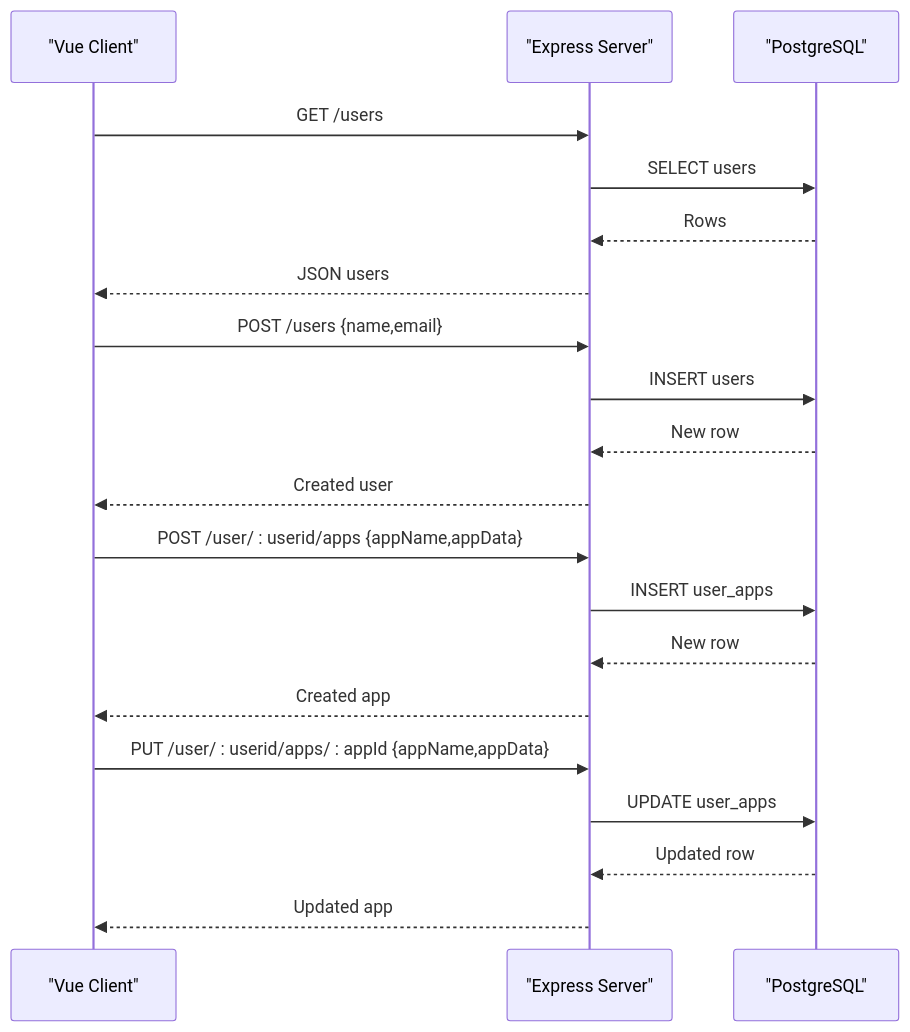
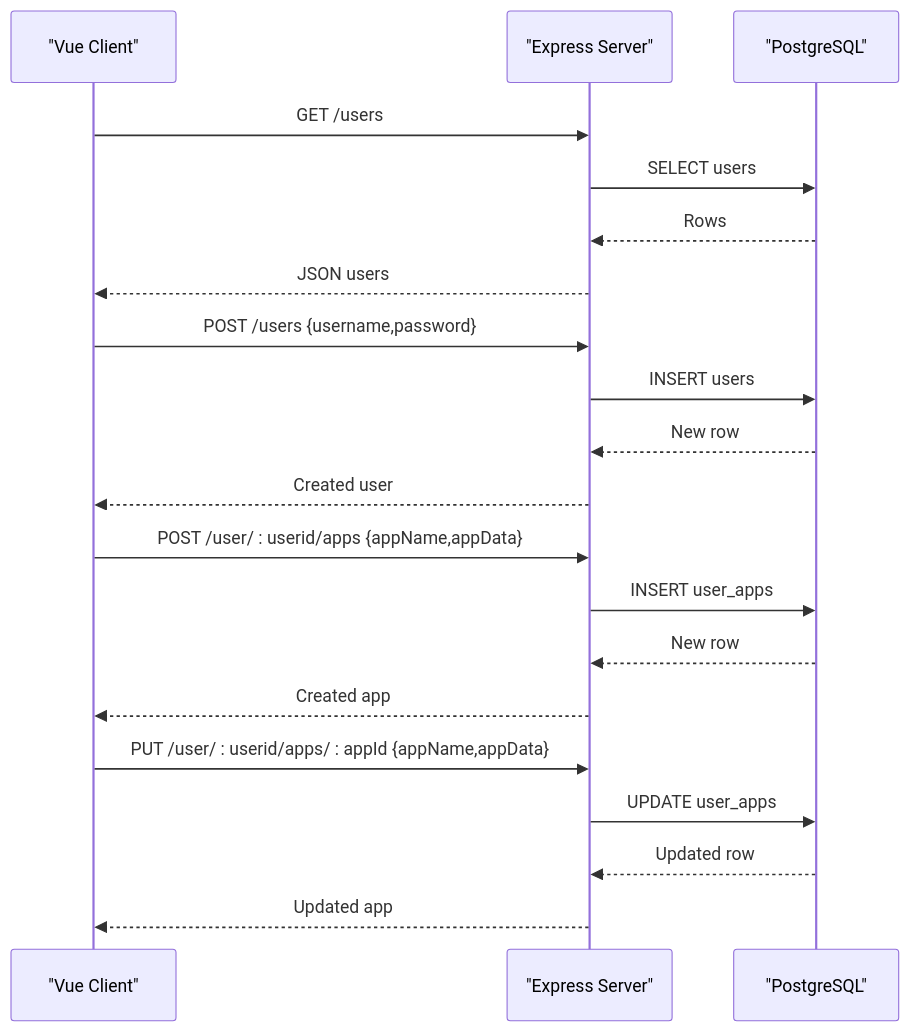
Before and after one commit to xinyo/startora: the fifth of 9 diagrams in .qoder/repowiki/en/content/Development Workflow/Development Workflow.md, drawn with Mermaid. The commit also changed other lines of this file and 19 other files, not shown here.

````diff
--- a/.qoder/repowiki/en/content/Development Workflow/Development Workflow.md
+++ b/.qoder/repowiki/en/content/Development Workflow/Development Workflow.md
@@ -227,22 +257,22 @@
 ```mermaid
 sequenceDiagram
 participant Client as "Vue Client"
 participant API as "Express Server"
 participant DB as "PostgreSQL"
 Client->>API : GET /users
 API->>DB : SELECT users
 DB-->>API : Rows
 API-->>Client : JSON users
-Client->>API : POST /users {name,email}
+Client->>API : POST /users {username,password}
 API->>DB : INSERT users
 DB-->>API : New row
 API-->>Client : Created user
 Client->>API : POST /user/ : userid/apps {appName,appData}
 API->>DB : INSERT user_apps
 DB-->>API : New row
 API-->>Client : Created app
 Client->>API : PUT /user/ : userid/apps/ : appId {appName,appData}
 API->>DB : UPDATE user_apps
 DB-->>API : Updated row
 API-->>Client : Updated app
 ```
````
